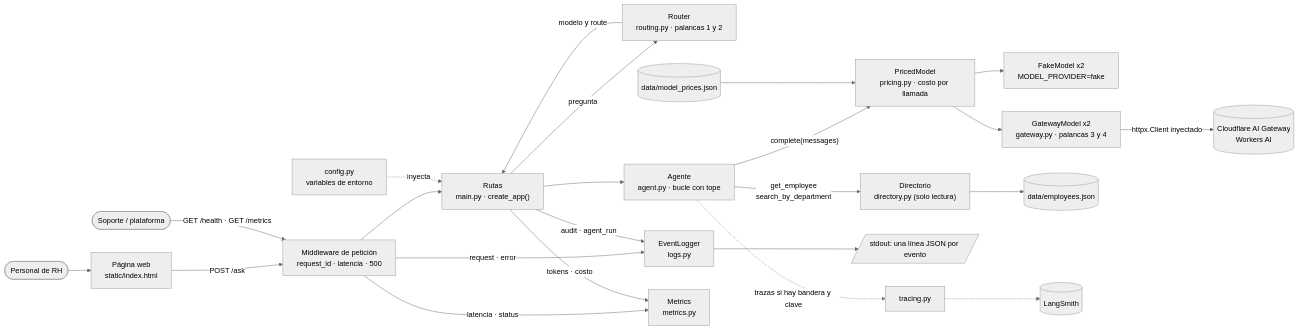
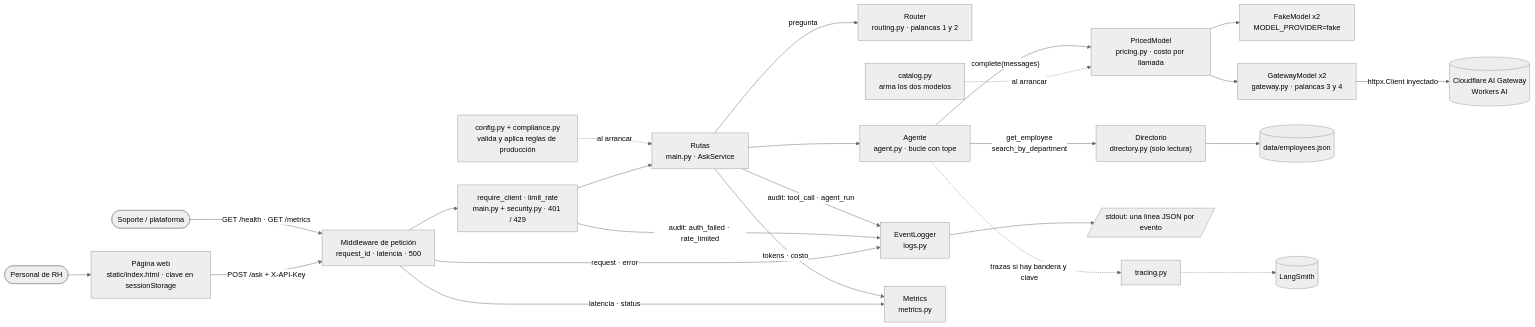
Before and after one commit to Xochitlsw/m4-hr-assistant: the first of 3 diagrams in product/doc/architecture.md, drawn with Mermaid (neutral theme). The commit also changed other lines of this file and 51 other files, not shown here.

````diff
--- a/product/doc/architecture.md
+++ b/product/doc/architecture.md
@@ -23,25 +30,26 @@
 ```mermaid
 flowchart LR
-  user(["Personal de RH"]) --> page["Página web<br/>static/index.html"]
-  page -- "POST /ask" --> mw["Middleware de petición<br/>request_id · latencia · 500"]
+  user(["Personal de RH"]) --> page["Página web<br/>static/index.html · clave en sessionStorage"]
+  page -- "POST /ask + X-API-Key" --> mw["Middleware de petición<br/>request_id · latencia · 500"]
   ops(["Soporte / plataforma"]) -- "GET /health · GET /metrics" --> mw
-  mw --> api["Rutas<br/>main.py · create_app()"]
+  mw --> auth["require_client · limit_rate<br/>main.py + security.py · 401 / 429"]
+  auth --> api["Rutas<br/>main.py · AskService"]
   api -- "pregunta" --> router["Router<br/>routing.py · palancas 1 y 2"]
-  router -- "modelo y route" --> api
   api --> agent["Agente<br/>agent.py · bucle con tope"]
+  catalog["catalog.py<br/>arma los dos modelos"] -. "al arrancar" .-> priced
   agent -- "complete(messages)" --> priced["PricedModel<br/>pricing.py · costo por llamada"]
   priced --> fake["FakeModel x2<br/>MODEL_PROVIDER=fake"]
   priced --> gw["GatewayModel x2<br/>gateway.py · palancas 3 y 4"]
   gw -- "httpx.Client inyectado" --> cf[("Cloudflare AI Gateway<br/>Workers AI")]
-  prices[("data/model_prices.json")] --> priced
   agent -- "get_employee<br/>search_by_department" --> dir["Directorio<br/>directory.py (solo lectura)"]
   dir --> data[("data/employees.json")]
   mw -- "request · error" --> logs["EventLogger<br/>logs.py"]
-  api -- "audit · agent_run" --> logs
+  auth -- "audit: auth_failed · rate_limited" --> logs
+  api -- "audit: tool_call · agent_run" --> logs
   logs --> stdout[/"stdout: una línea JSON por evento"/]
   mw -- "latencia · status" --> metrics["Metrics<br/>metrics.py"]
   api -- "tokens · costo" --> metrics
   agent -. "trazas si hay bandera y clave" .-> tracing["tracing.py"]
   tracing -.-> langsmith[("LangSmith")]
-  config["config.py<br/>variables de entorno"] -. "inyecta" .-> api
+  config["config.py + compliance.py<br/>valida y aplica reglas de producción"] -. "al arrancar" .-> api
 ```
````
